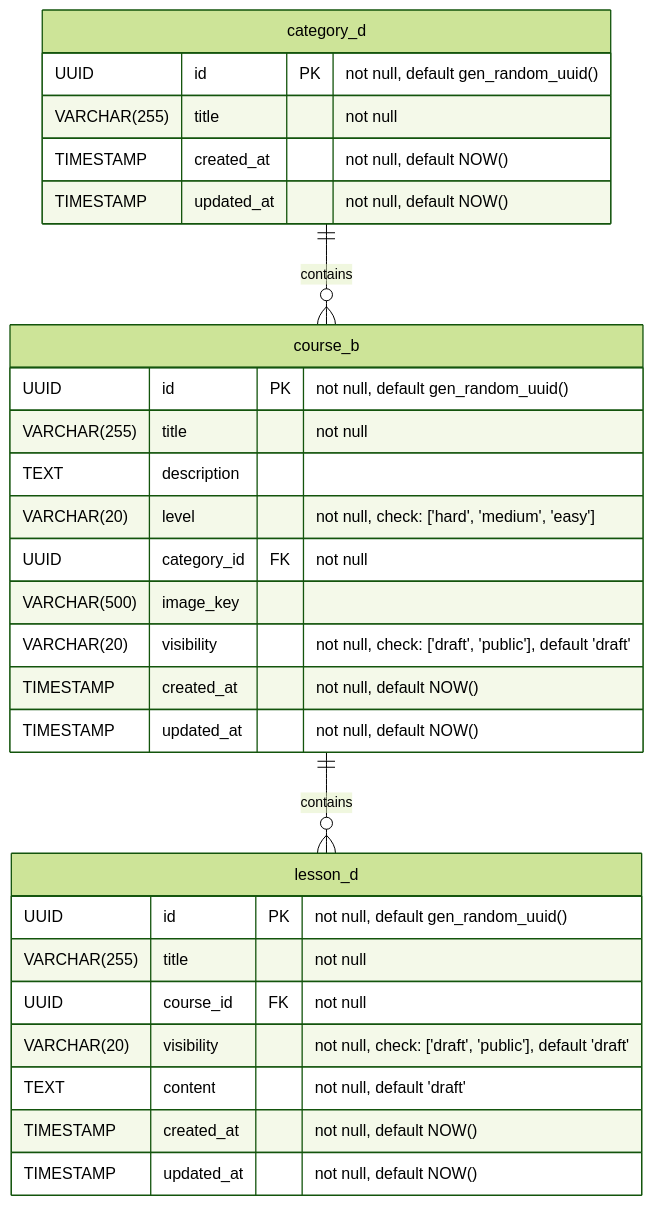
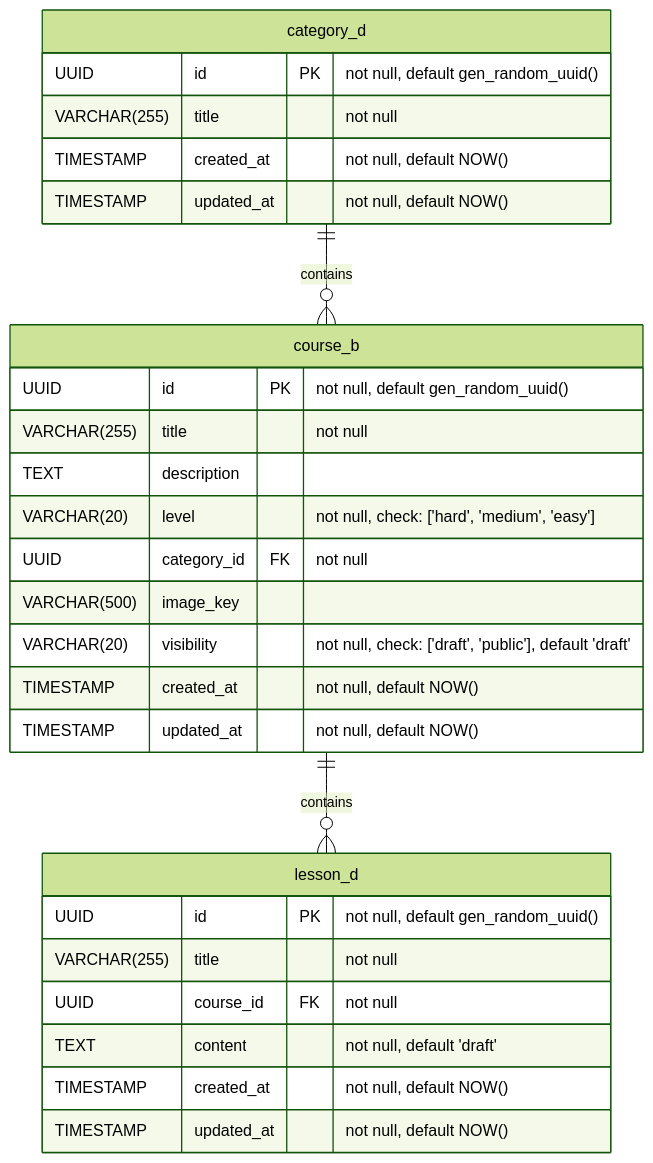
The diagram in docs/content/admin/diagrams/er.md (TaurineMerge/LMS_Tages), drawn with Mermaid (forest theme) before and after one commit. The commit also changed 111 other files, not shown here.

Commit message:
Добавлены изменения по ролевым моделям, БД, добавлены два уровня диаграммы С4

```diff
--- a/docs/content/admin/diagrams/er.md
+++ b/docs/content/admin/diagrams/er.md
@@ -7,33 +7,32 @@
 {{< mermaid >}}
 
 erDiagram
     category_d {
         UUID id PK "not null, default gen_random_uuid()"
         VARCHAR(255) title "not null"
         TIMESTAMP created_at "not null, default NOW()"
         TIMESTAMP updated_at "not null, default NOW()"
     }
     course_b {
         UUID id PK "not null, default gen_random_uuid()"
         VARCHAR(255) title "not null"
         TEXT description
         VARCHAR(20) level "not null, check: ['hard', 'medium', 'easy']"
         UUID category_id FK "not null"
         VARCHAR(500) image_key
         VARCHAR(20) visibility "not null, check: ['draft', 'public'], default 'draft'"
         TIMESTAMP created_at "not null, default NOW()"
         TIMESTAMP updated_at "not null, default NOW()"
     }
     lesson_d {
         UUID id PK "not null, default gen_random_uuid()"
         VARCHAR(255) title "not null"
         UUID course_id FK "not null"
-        VARCHAR(20) visibility "not null, check: ['draft', 'public'], default 'draft'"
         TEXT content "not null, default 'draft'"
         TIMESTAMP created_at "not null, default NOW()"
         TIMESTAMP updated_at "not null, default NOW()"
     }
     category_d ||--o{ course_b : "contains"
     course_b   ||--o{ lesson_d : "contains"
 
 {{< /mermaid >}}
```
